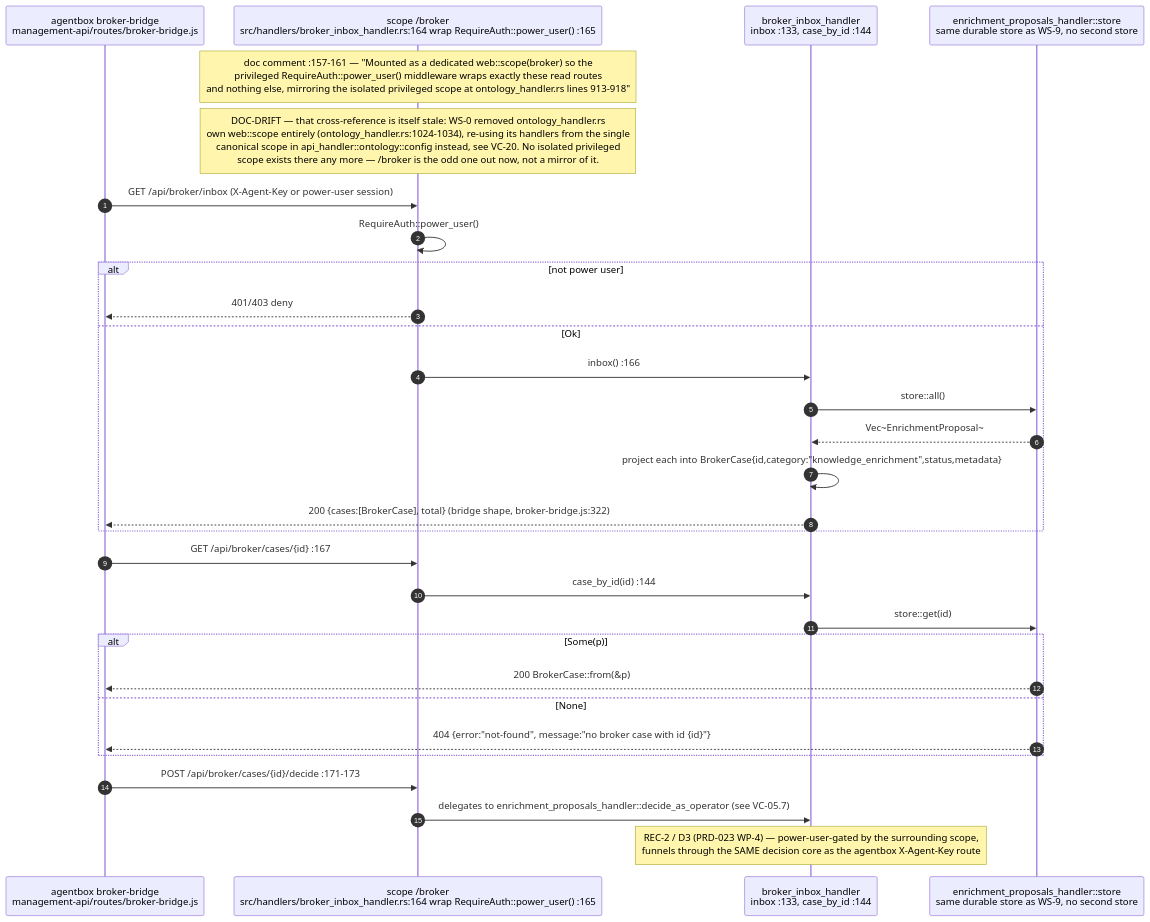
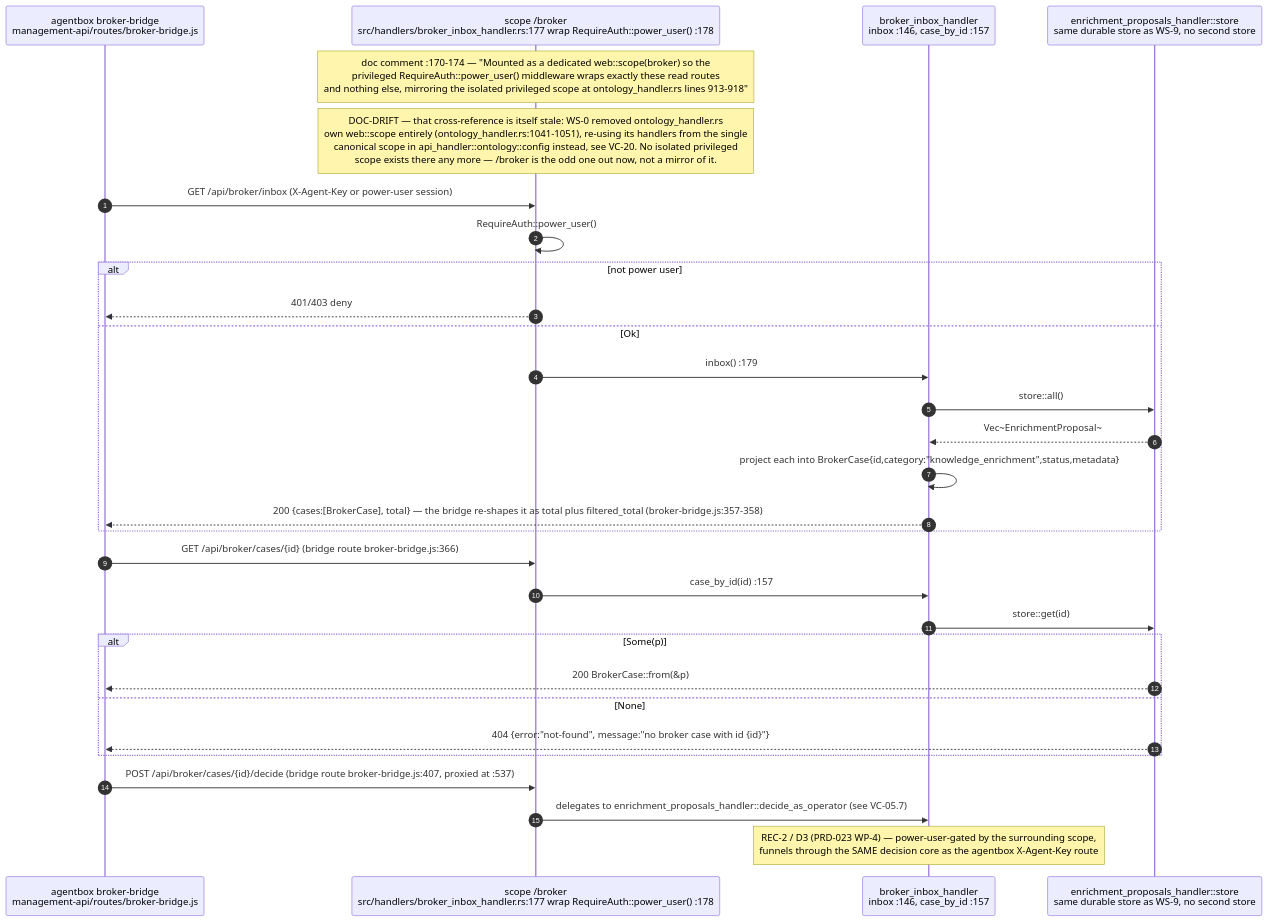
One commit to DreamLab-AI/VisionFlow changed the eighth of 18 diagrams in docs/diagrams/visionclaw/05-handlers-governance-and-identity.md. Above: the diagram before and after it, drawn with Mermaid. The commit also changed other lines of this file and 32 other files, not shown here.

````diff
--- a/docs/diagrams/visionclaw/05-handlers-governance-and-identity.md
+++ b/docs/diagrams/visionclaw/05-handlers-governance-and-identity.md
@@ -436,33 +444,33 @@
 ```mermaid
 sequenceDiagram
     autonumber
     participant C as agentbox broker-bridge<br/>management-api/routes/broker-bridge.js
-    participant SC as scope /broker<br/>src/handlers/broker_inbox_handler.rs:164 wrap RequireAuth::power_user() :165
-    participant H as broker_inbox_handler<br/>inbox :133, case_by_id :144
+    participant SC as scope /broker<br/>src/handlers/broker_inbox_handler.rs:177 wrap RequireAuth::power_user() :178
+    participant H as broker_inbox_handler<br/>inbox :146, case_by_id :157
     participant ST as enrichment_proposals_handler::store<br/>same durable store as WS-9, no second store
 
-    Note over SC: doc comment :157-161 — "Mounted as a dedicated web::scope(broker) so the<br/>privileged RequireAuth::power_user() middleware wraps exactly these read routes<br/>and nothing else, mirroring the isolated privileged scope at ontology_handler.rs lines 913-918"
-    Note over SC: DOC-DRIFT — that cross-reference is itself stale: WS-0 removed ontology_handler.rs<br/>own web::scope entirely (ontology_handler.rs:1024-1034), re-using its handlers from the single<br/>canonical scope in api_handler::ontology::config instead, see VC-20. No isolated privileged<br/>scope exists there any more — /broker is the odd one out now, not a mirror of it.
+    Note over SC: doc comment :170-174 — "Mounted as a dedicated web::scope(broker) so the<br/>privileged RequireAuth::power_user() middleware wraps exactly these read routes<br/>and nothing else, mirroring the isolated privileged scope at ontology_handler.rs lines 913-918"
+    Note over SC: DOC-DRIFT — that cross-reference is itself stale: WS-0 removed ontology_handler.rs<br/>own web::scope entirely (ontology_handler.rs:1041-1051), re-using its handlers from the single<br/>canonical scope in api_handler::ontology::config instead, see VC-20. No isolated privileged<br/>scope exists there any more — /broker is the odd one out now, not a mirror of it.
     C->>SC: GET /api/broker/inbox (X-Agent-Key or power-user session)
     SC->>SC: RequireAuth::power_user()
     alt not power user
         SC-->>C: 401/403 deny
     else Ok
-        SC->>H: inbox() :166
+        SC->>H: inbox() :179
         H->>ST: store::all()
         ST-->>H: Vec~EnrichmentProposal~
         H->>H: project each into BrokerCase{id,category:"knowledge_enrichment",status,metadata}
-        H-->>C: 200 {cases:[BrokerCase], total} (bridge shape, broker-bridge.js:322)
+        H-->>C: 200 {cases:[BrokerCase], total} — the bridge re-shapes it as total plus filtered_total (broker-bridge.js:357-358)
     end
-    C->>SC: GET /api/broker/cases/{id} :167
-    SC->>H: case_by_id(id) :144
+    C->>SC: GET /api/broker/cases/{id} (bridge route broker-bridge.js:366)
+    SC->>H: case_by_id(id) :157
     H->>ST: store::get(id)
     alt Some(p)
         ST-->>C: 200 BrokerCase::from(&p)
     else None
         ST-->>C: 404 {error:"not-found", message:"no broker case with id {id}"}
     end
-    C->>SC: POST /api/broker/cases/{id}/decide :171-173
+    C->>SC: POST /api/broker/cases/{id}/decide (bridge route broker-bridge.js:407, proxied at :537)
     SC->>H: delegates to enrichment_proposals_handler::decide_as_operator (see VC-05.7)
     Note over H: REC-2 / D3 (PRD-023 WP-4) — power-user-gated by the surrounding scope,<br/>funnels through the SAME decision core as the agentbox X-Agent-Key route
 ```
````
